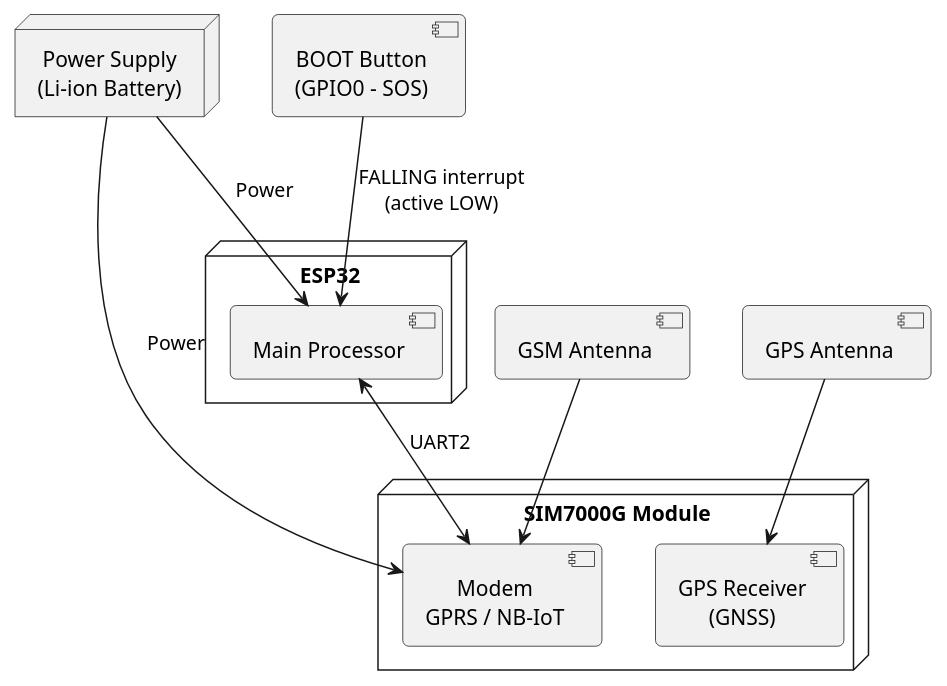
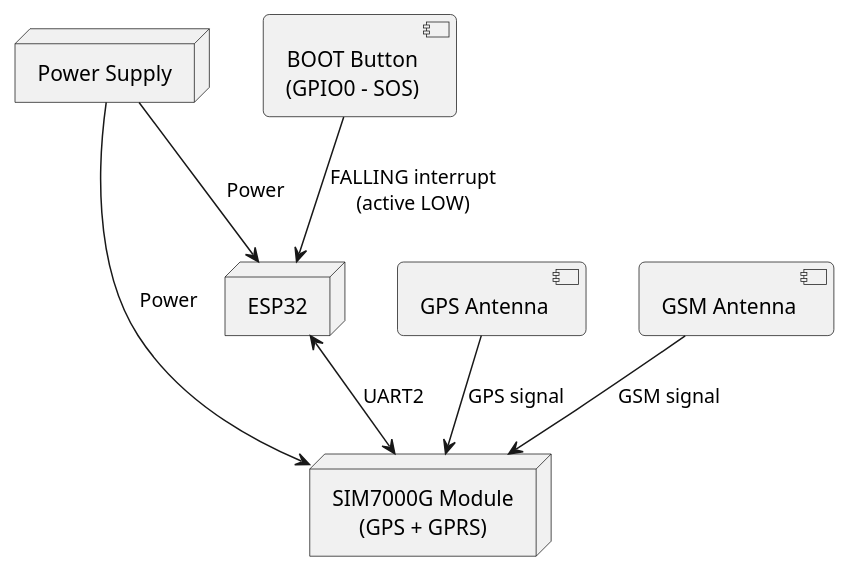
The diagram in diagrams/diagram_02_hardware.puml (duongngdeptrai/DoAnTotNghiep_Working), drawn with PlantUML before and after one commit. The commit also changed 15 other files, not shown here.

```diff
--- a/diagrams/diagram_02_hardware.puml
+++ b/diagrams/diagram_02_hardware.puml
@@ -1,32 +1,22 @@
 @startuml
 skinparam defaultTextAlignment center
 skinparam maxMessageSize 150
 skinparam roundCorner 8
 skinparam backgroundColor white
 
-node "Power Supply\n(Li-ion Battery)" as battery
+node "Power Supply" as battery
+node "ESP32" as esp32
+node "SIM7000G Module\n(GPS + GPRS)" as sim7000g
 
-node "ESP32" {
-  component "Main Processor" as mcu
-}
-
-node "SIM7000G Module" {
-  component "Modem\nGPRS / NB-IoT" as modem
-  component "GPS Receiver\n(GNSS)" as gnss
-}
-
-component "BOOT Button\n(GPIO0 - SOS)" as gpio_sos
+component "BOOT Button\n(GPIO0 - SOS)" as sos
 component "GPS Antenna" as ant_gps
 component "GSM Antenna" as ant_gsm
 
-battery --> mcu : Power
-battery --> modem : Power
-
-mcu <--> modem : UART2
-
-gpio_sos --> mcu : FALLING interrupt\n(active LOW)
-
-ant_gps --> gnss
-ant_gsm --> modem
+battery --> esp32 : Power
+battery --> sim7000g : Power
+esp32 <--> sim7000g : UART2
+sos --> esp32 : FALLING interrupt\n(active LOW)
+ant_gps --> sim7000g : GPS signal
+ant_gsm --> sim7000g : GSM signal
 
 @enduml
```
